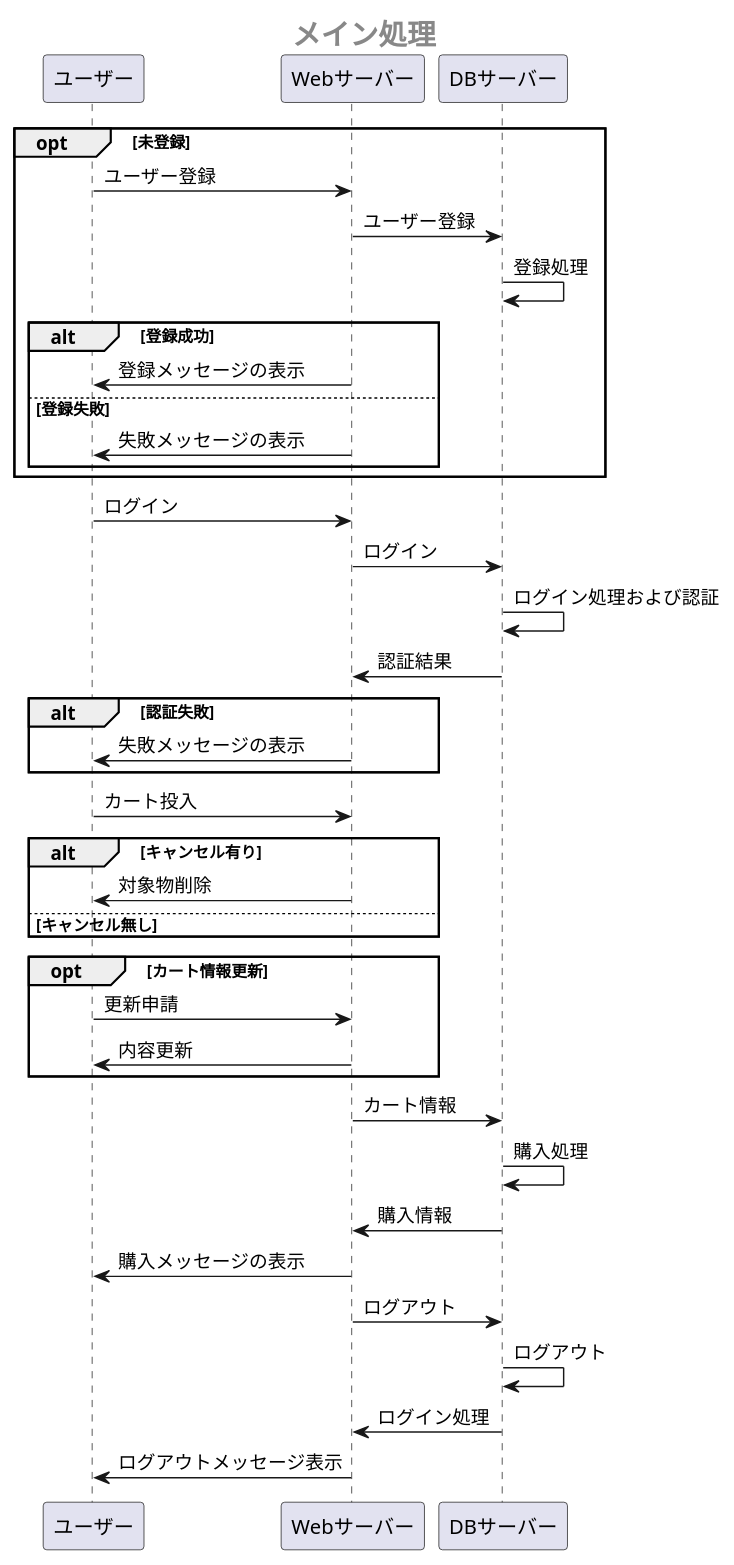
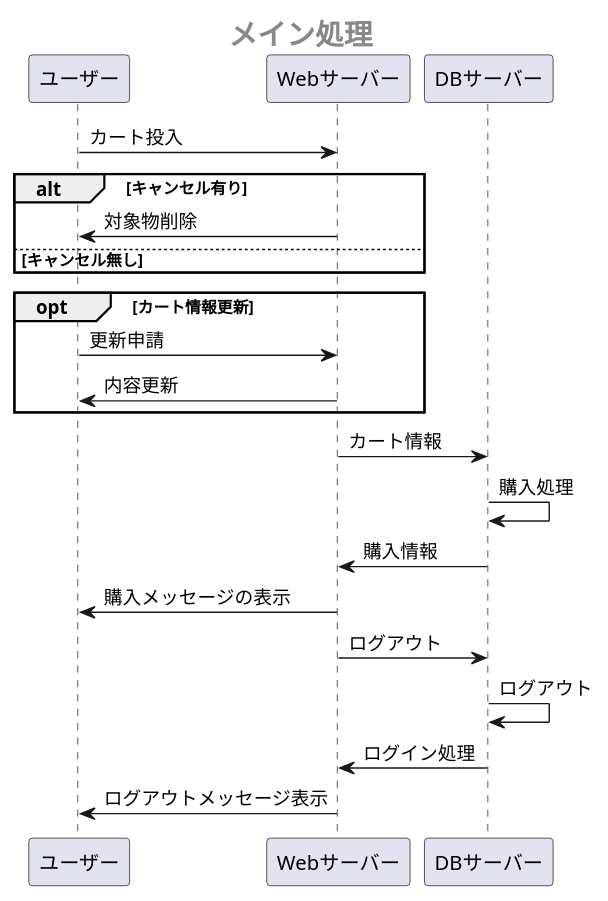
The first of 2 diagrams in sample/OperationFrow.md (Aso2001385/2021sys-design), drawn with PlantUML before and after one commit.

````diff
--- a/sample/OperationFrow.md
+++ b/sample/OperationFrow.md
@@ -1,57 +1,36 @@
 ```uml 
 @startuml 
 center header <size:20><b>メイン処理</b></size>
 
- opt 未登録
 
-  ユーザー -> Webサーバー:ユーザー登録
-  Webサーバー -> DBサーバー:ユーザー登録
-  DBサーバー -> DBサーバー:登録処理
-
-  alt 登録成功
-    Webサーバー ->ユーザー:登録メッセージの表示
-  else 登録失敗
-    Webサーバー ->ユーザー:失敗メッセージの表示
-  end
-
- end
-
- ユーザー -> Webサーバー:ログイン
- Webサーバー -> DBサーバー:ログイン
- DBサーバー -> DBサーバー:ログイン処理および認証
- DBサーバー -> Webサーバー:認証結果
-
- alt 認証失敗
-  Webサーバー ->ユーザー:失敗メッセージの表示
- end
  
 
 ユーザー -> Webサーバー:カート投入
 
 
 
   
   alt キャンセル有り
       Webサーバー ->ユーザー:対象物削除
     else キャンセル無し
   end
   
   opt カート情報更新
       ユーザー -> Webサーバー:更新申請
       Webサーバー ->ユーザー:内容更新
   end
   
 Webサーバー -> DBサーバー:カート情報
 DBサーバー -> DBサーバー:購入処理
 DBサーバー -> Webサーバー:購入情報
 Webサーバー ->ユーザー:購入メッセージの表示
 
  
 
 Webサーバー -> DBサーバー:ログアウト
 DBサーバー -> DBサーバー:ログアウト
 DBサーバー -> Webサーバー:ログイン処理
 Webサーバー ->ユーザー:ログアウトメッセージ表示
 
 @enduml
 ```
````
